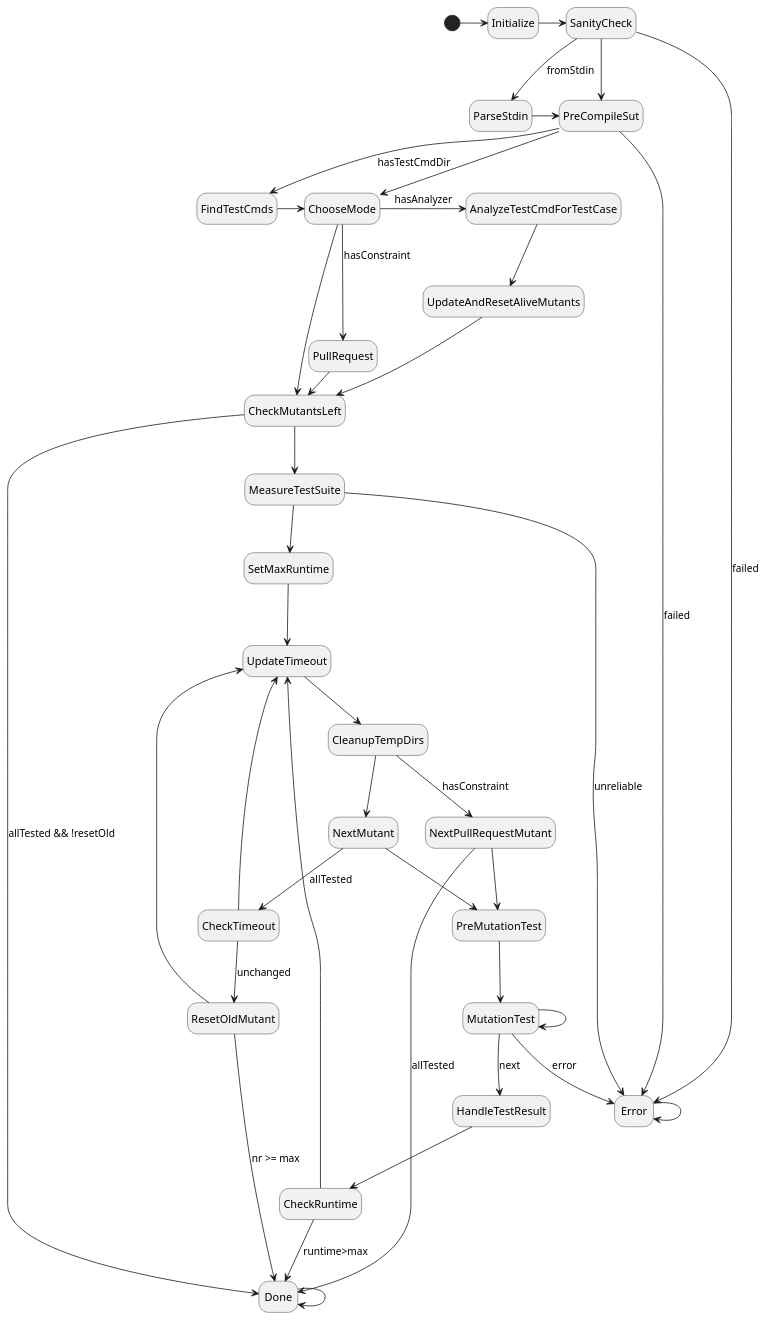
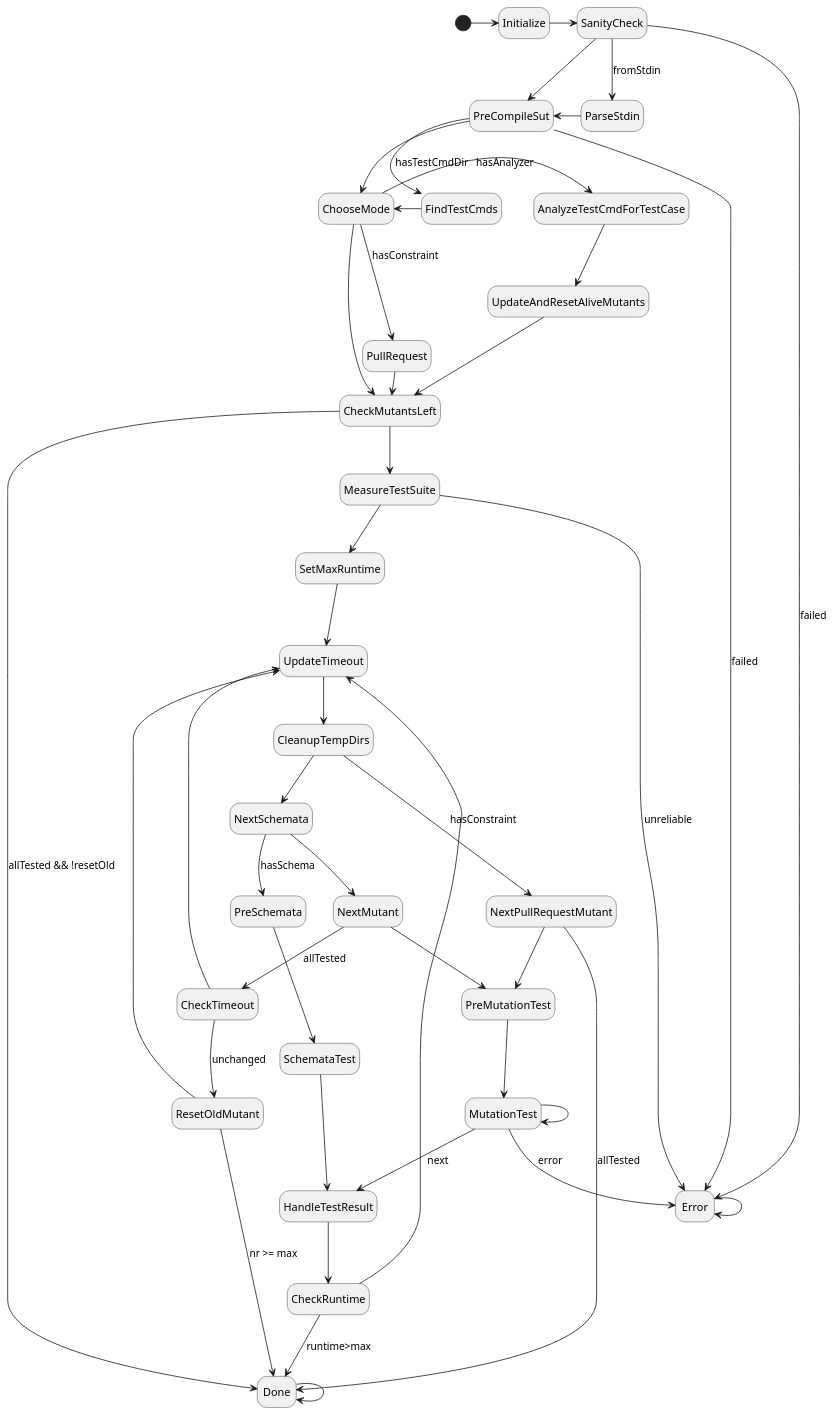
One commit to joakim-brannstrom/dextool changed the diagram in plugin/mutate/doc/design/figures/test_mutant_fsm.pu. Above: the diagram before and after it, drawn with PlantUML.

Commit message:
mutate: (doc) update test mutant FSM with schemata

```diff
--- a/plugin/mutate/doc/design/figures/test_mutant_fsm.pu
+++ b/plugin/mutate/doc/design/figures/test_mutant_fsm.pu
@@ -1,69 +1,72 @@
 @startuml
 hide empty description
 
 [*] -> Initialize
 
 Initialize -> SanityCheck
 
 SanityCheck --> Error : failed
 SanityCheck --> ParseStdin : fromStdin
 SanityCheck -> PreCompileSut
 
 ParseStdin -> PreCompileSut
 
 PreCompileSut --> Error : failed
 PreCompileSut --> FindTestCmds : hasTestCmdDir
 PreCompileSut --> ChooseMode
 
 FindTestCmds -> ChooseMode
 
 ChooseMode -> AnalyzeTestCmdForTestCase : hasAnalyzer
 ChooseMode --> PullRequest : hasConstraint
 ChooseMode --> CheckMutantsLeft
 
 PullRequest -> CheckMutantsLeft
 
 AnalyzeTestCmdForTestCase --> UpdateAndResetAliveMutants
 
 UpdateAndResetAliveMutants --> CheckMutantsLeft
 
 UpdateTimeout --> CleanupTempDirs
 
-CleanupTempDirs --> NextMutant
+CleanupTempDirs --> NextSchemata
 CleanupTempDirs --> NextPullRequestMutant : hasConstraint
 
 CheckMutantsLeft --> Done : allTested && !resetOld
 CheckMutantsLeft --> MeasureTestSuite
 
 MeasureTestSuite --> Error : unreliable
 MeasureTestSuite --> SetMaxRuntime
 
 SetMaxRuntime --> UpdateTimeout
 
 CheckRuntime --> UpdateTimeout
 CheckRuntime --> Done : runtime>max
 
-NextMutant --> CheckTimeout : allTested
-NextMutant --> PreMutationTest
-
 NextPullRequestMutant --> PreMutationTest
 NextPullRequestMutant --> Done : allTested
 
+NextSchemata --> PreSchemata : hasSchema
+NextSchemata --> NextMutant
+PreSchemata --> SchemataTest
+SchemataTest --> HandleTestResult
+
+NextMutant --> CheckTimeout : allTested
+NextMutant --> PreMutationTest
 PreMutationTest --> MutationTest
-
 MutationTest --> HandleTestResult : next
 MutationTest --> Error : error
 MutationTest --> MutationTest
 
 HandleTestResult --> CheckRuntime
 
 CheckTimeout --> ResetOldMutant : unchanged
 CheckTimeout --> UpdateTimeout
 
 ResetOldMutant --> UpdateTimeout
 ResetOldMutant --> Done : nr >= max
 
 Done --> Done
 
 Error --> Error
 @enduml
```
